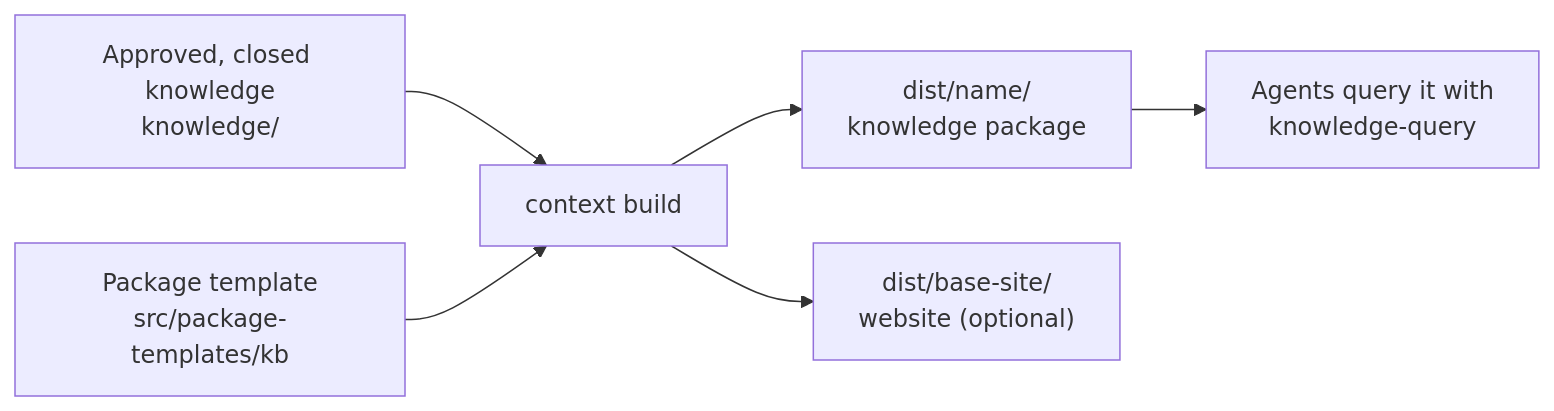
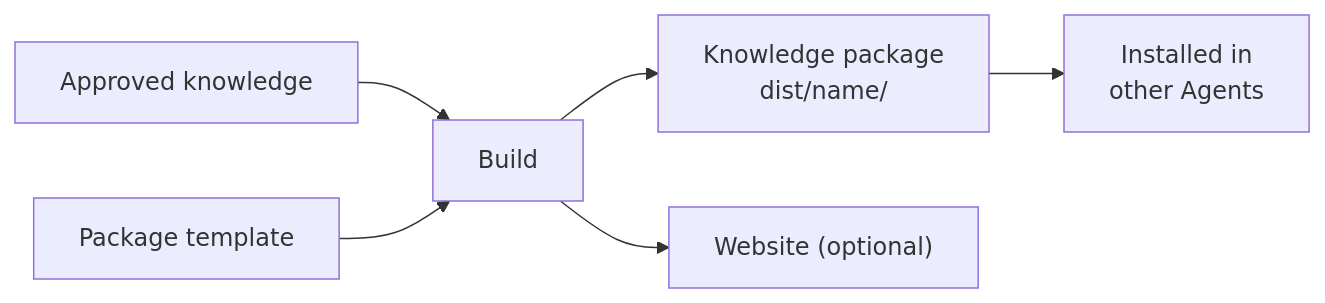
Before and after one commit to context4ai/portal: the diagram in knowledge/sop/outputs-and-sites/knowledge-packages.md, drawn with Mermaid. The commit also changed other lines of this file and 129 other files, not shown here.

````diff
--- a/knowledge/sop/outputs-and-sites/knowledge-packages.md
+++ b/knowledge/sop/outputs-and-sites/knowledge-packages.md
@@ -13,8 +16,8 @@
 ```mermaid
 flowchart LR
-  approved["Approved, closed knowledge<br/>knowledge/"] --> build["context build"]
-  tpl["Package template<br/>src/package-templates/kb"] --> build
-  build --> kb["dist/name/<br/>knowledge package"]
-  build --> site["dist/base-site/<br/>website (optional)"]
-  kb --> agent["Agents query it with<br/>knowledge-query"]
+  approved["Approved knowledge"] --> build["Build"]
+  tpl["Package template"] --> build
+  build --> kb["Knowledge package<br/>dist/name/"]
+  build --> site["Website (optional)"]
+  kb --> agent["Installed in<br/>other Agents"]
 ```
````
